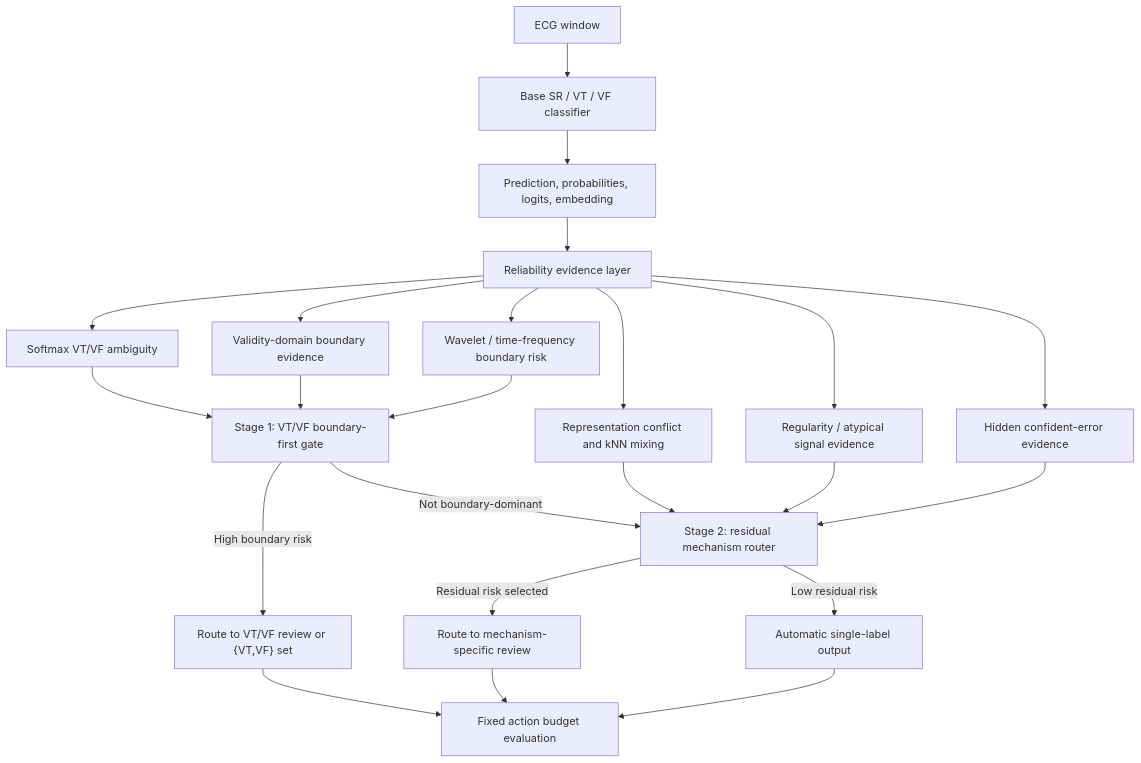
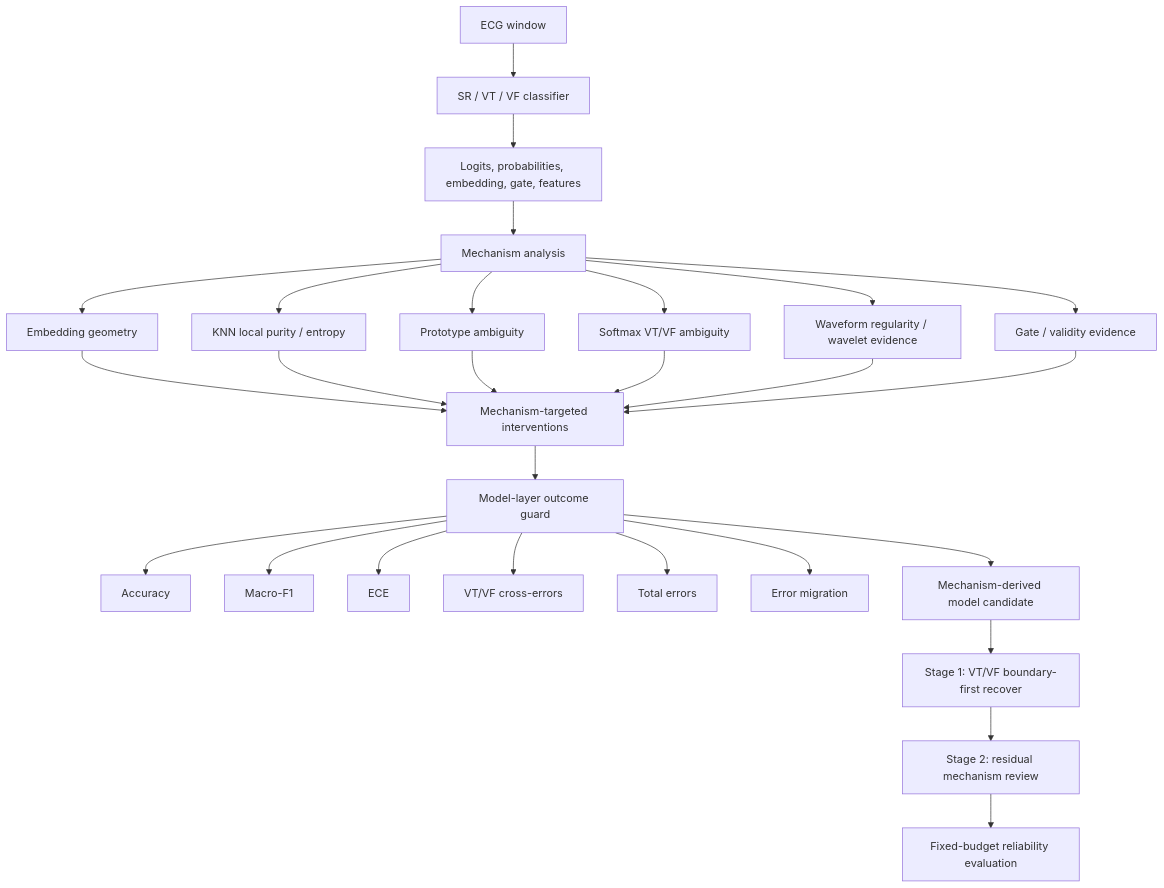
One commit to Tengyu-w/reliable-ECG-uncertainty changed the diagram in README.md. Above: the diagram before and after it, drawn with Mermaid. The commit also changed other lines of this file, not shown here.

Commit message:
Refocus README on model-layer mechanism search

````diff
--- a/README.md
+++ b/README.md
@@ -110,31 +63,33 @@
 ```mermaid
 flowchart TD
-    A["ECG window"] --> B["Base SR / VT / VF classifier"]
-    B --> C["Prediction, probabilities, logits, embedding"]
-    C --> D["Reliability evidence layer"]
+    A["ECG window"] --> B["SR / VT / VF classifier"]
+    B --> C["Logits, probabilities, embedding, gate, features"]
 
-    D --> E1["Softmax VT/VF ambiguity"]
-    D --> E2["Validity-domain boundary evidence"]
-    D --> E3["Wavelet / time-frequency boundary risk"]
-    D --> E4["Representation conflict and kNN mixing"]
-    D --> E5["Regularity / atypical signal evidence"]
-    D --> E6["Hidden confident-error evidence"]
+    C --> D["Mechanism analysis"]
+    D --> D1["Embedding geometry"]
+    D --> D2["KNN local purity / entropy"]
+    D --> D3["Prototype ambiguity"]
+    D --> D4["Softmax VT/VF ambiguity"]
+    D --> D5["Waveform regularity / wavelet evidence"]
+    D --> D6["Gate / validity evidence"]
 
-    E1 --> F["Stage 1: VT/VF boundary-first gate"]
-    E2 --> F
-    E3 --> F
+    D1 --> E["Mechanism-targeted interventions"]
+    D2 --> E
+    D3 --> E
+    D4 --> E
+    D5 --> E
+    D6 --> E
 
-    F -->|High boundary risk| G["Route to VT/VF review or {VT,VF} set"]
-    F -->|Not boundary-dominant| H["Stage 2: residual mechanism router"]
+    E --> F["Model-layer outcome guard"]
+    F --> F1["Accuracy"]
+    F --> F2["Macro-F1"]
+    F --> F3["ECE"]
+    F --> F4["VT/VF cross-errors"]
+    F --> F5["Total errors"]
+    F --> F6["Error migration"]
 
-    E4 --> H
-    E5 --> H
-    E6 --> H
-
-    H -->|Residual risk selected| I["Route to mechanism-specific review"]
-    H -->|Low residual risk| J["Automatic single-label output"]
-
-    G --> K["Fixed action budget evaluation"]
-    I --> K
-    J --> K
+    F --> G["Mechanism-derived model candidate"]
+    G --> H["Stage 1: VT/VF boundary-first recover"]
+    H --> I["Stage 2: residual mechanism review"]
+    I --> J["Fixed-budget reliability evaluation"]
 ```
````
